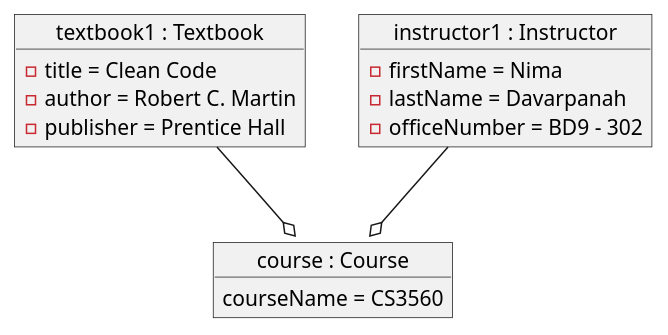
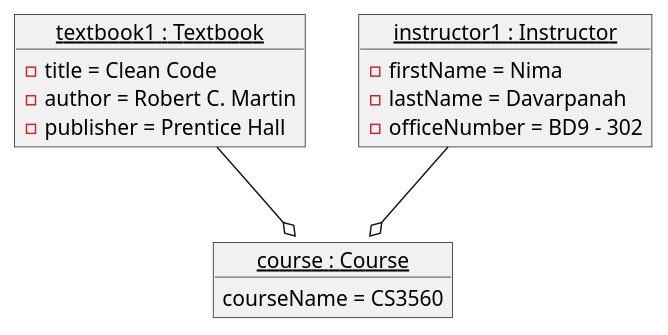
One commit to Hugo-Mathus/Homework5 changed the diagram in OBJECTS/Aggregation.puml. Above: the diagram before and after it, drawn with PlantUML. The commit also changed 1 other file, not shown here.

```diff
--- a/OBJECTS/Aggregation.puml
+++ b/OBJECTS/Aggregation.puml
@@ -1,22 +1,22 @@
 @startuml
 
-object "textbook1 : Textbook" as textbook1{
+object "<u>textbook1 : Textbook</u>" as textbook1{
     -title = Clean Code
     -author = Robert C. Martin
     -publisher = Prentice Hall
 }
 
-object "instructor1 : Instructor" as instructor1{
+object "<u>instructor1 : Instructor</u>" as instructor1{
     -firstName = Nima
     -lastName = Davarpanah
     -officeNumber = BD9 - 302
 }
 
 
-object "course : Course" as course {
+object "<u>course : Course</u>" as course {
      courseName = CS3560
 }
 
 textbook1 --o course::Textbook1
 instructor1 --o course::Instructor1
 @enduml
```
